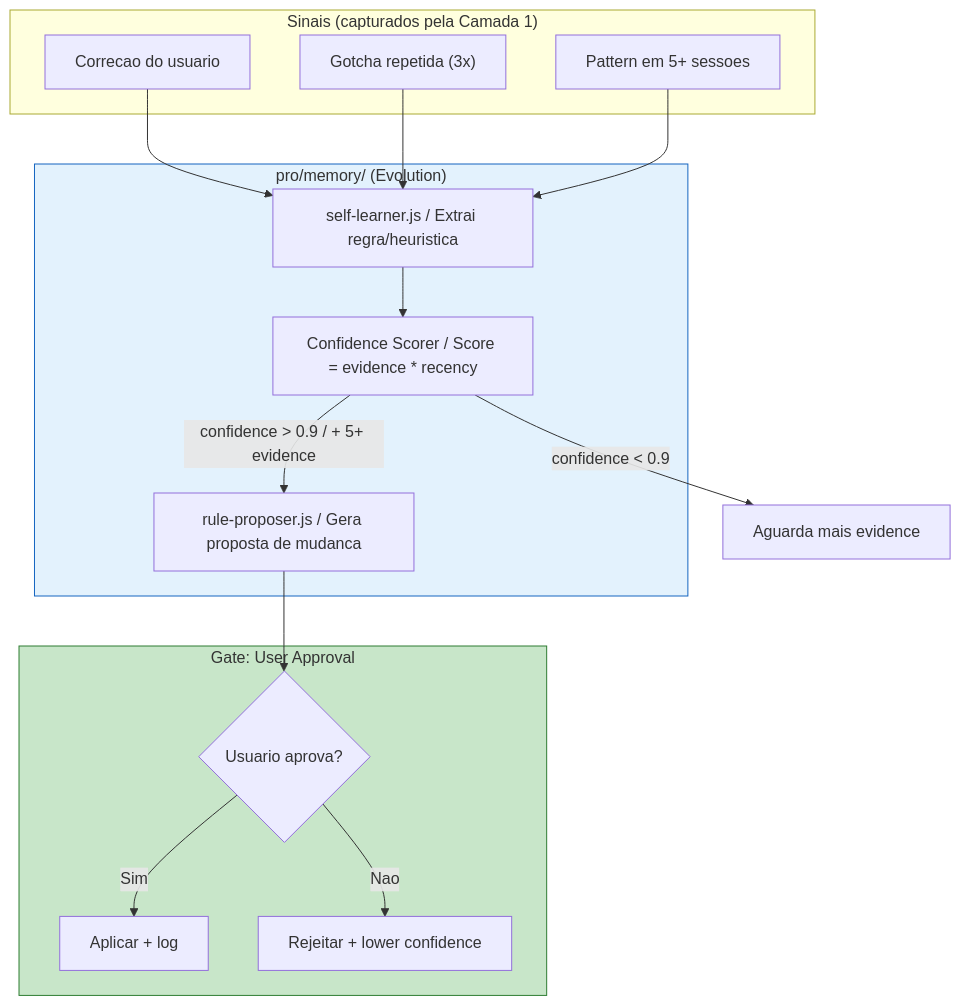
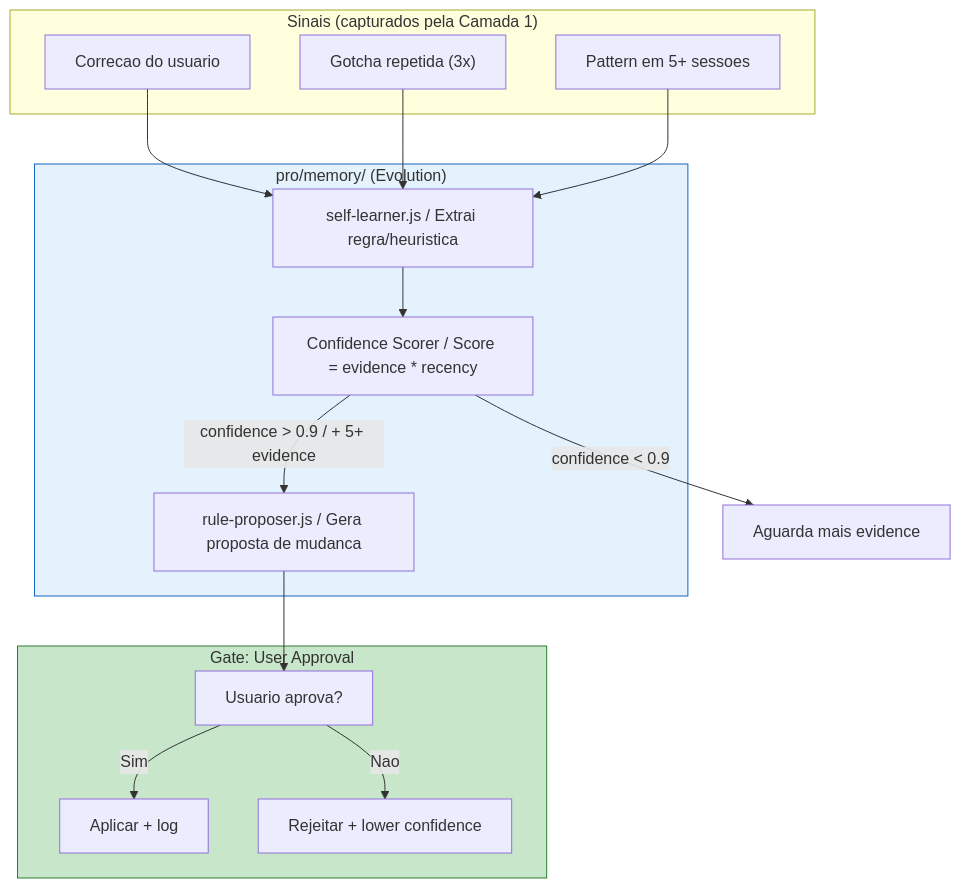
One commit to bychrisr/aios-docs changed the eighth of 11 diagrams in content/en/docs/guides/MEMORY-INTELLIGENCE-SYSTEM.mdx. Above: the diagram before and after it, drawn with Mermaid. The commit also changed other lines of this file and 40 other files, not shown here.

````diff
--- a/content/en/docs/guides/MEMORY-INTELLIGENCE-SYSTEM.mdx
+++ b/content/en/docs/guides/MEMORY-INTELLIGENCE-SYSTEM.mdx
@@ -630,34 +630,34 @@
 ```mermaid
 flowchart TD
     subgraph INPUTS["Sinais (capturados pela Camada 1)"]
         I1["Correcao do usuario"]
         I2["Gotcha repetida (3x)"]
         I3["Pattern em 5+ sessoes"]
     end
 
     subgraph PRO_EVOLUTION["pro/memory/ (Evolution)"]
         A1["self-learner.js / Extrai regra/heuristica"]
         A4["Confidence Scorer / Score = evidence * recency"]
         P1["rule-proposer.js / Gera proposta de mudanca"]
     end
 
     subgraph APPROVAL["Gate: User Approval"]
-        G1{"Usuario aprova?"}
+        G1["Usuario aprova?"]
         G2["Aplicar + log"]
         G3["Rejeitar + lower confidence"]
     end
 
     I1 --> A1
     I2 --> A1
     I3 --> A1
     A1 --> A4
     A4 -->|"confidence > 0.9 / + 5+ evidence"| P1
     A4 -->|"confidence < 0.9"| WAIT["Aguarda mais evidence"]
 
     P1 --> G1
     G1 -->|"Sim"| G2
     G1 -->|"Nao"| G3
 
     style PRO_EVOLUTION fill:#E3F2FD,stroke:#1565C0
     style APPROVAL fill:#C8E6C9,stroke:#2E7D32
 ```
````
